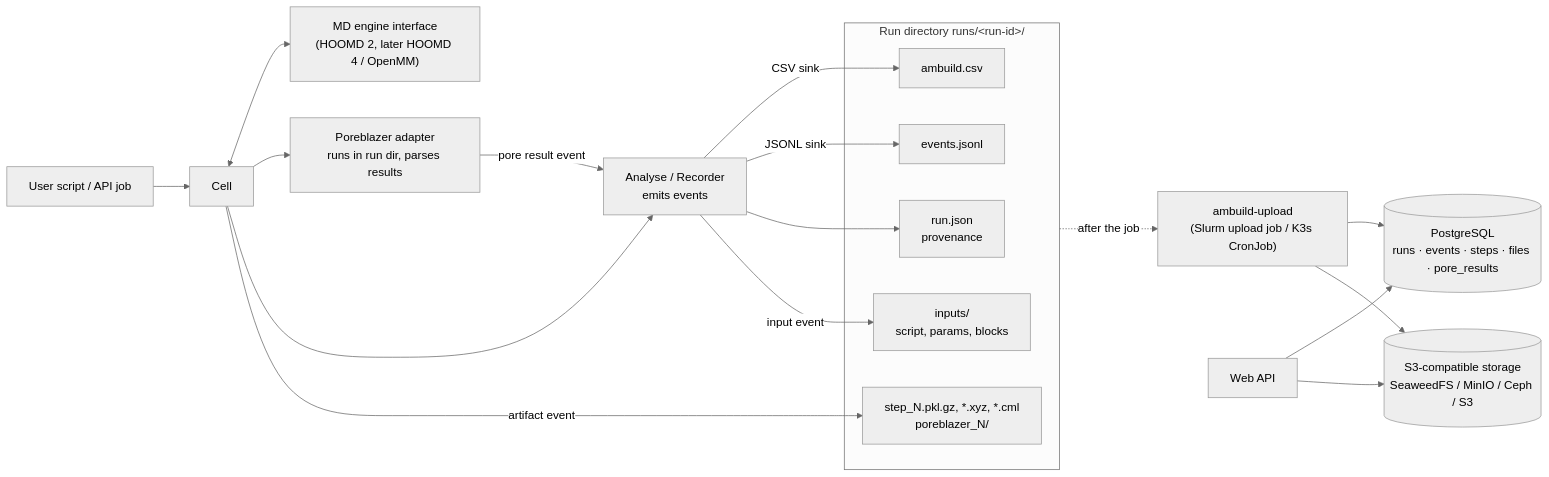
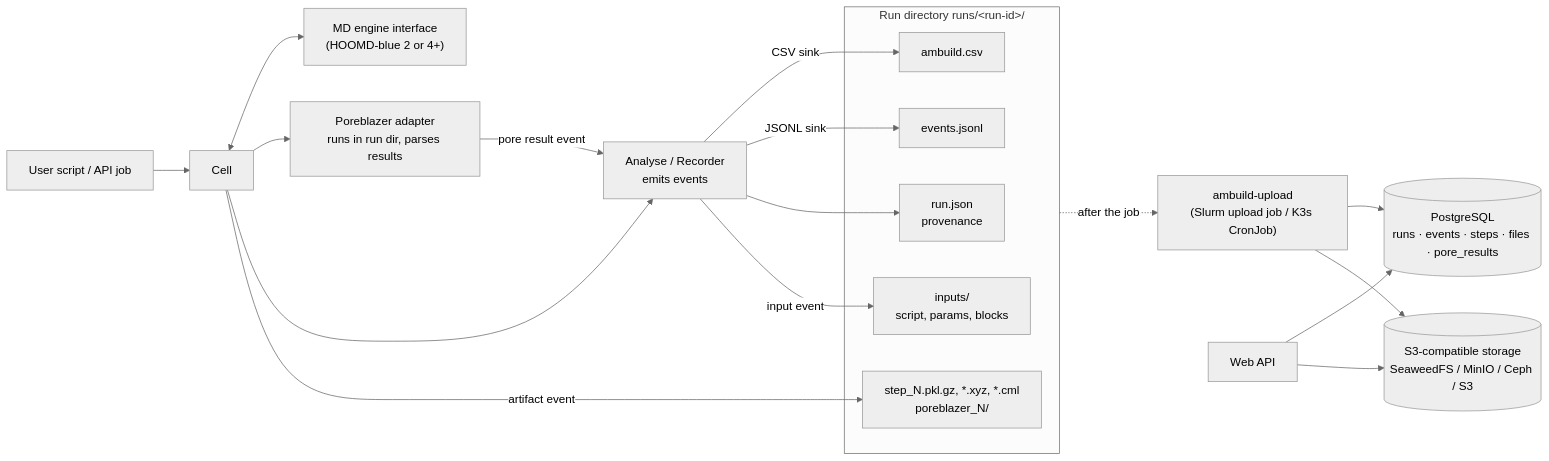
Before and after one commit to st7ma784/ambuild: the second of 3 diagrams in docs/architecture.md, drawn with Mermaid (neutral theme). The commit also changed other lines of this file and 2 other files, not shown here.

Commit message:
Record the HOOMD-blue 7 port in changelog, TODO and architecture

````diff
--- a/docs/architecture.md
+++ b/docs/architecture.md
@@ -48,28 +48,28 @@
 ```mermaid
 flowchart LR
     script["User script / API job"] --> cell["Cell"]
-    cell <--> md["MD engine interface<br/>(HOOMD 2, later HOOMD 4 / OpenMM)"]
+    cell <--> md["MD engine interface<br/>(HOOMD-blue 2 or 4+)"]
     cell --> pb["Poreblazer adapter<br/>runs in run dir, parses results"]
     cell --> rec["Analyse / Recorder<br/>emits events"]
     pb -- "pore result event" --> rec
 
     subgraph rundir["Run directory  runs/&lt;run-id&gt;/"]
         runjson["run.json<br/>provenance"]
         events["events.jsonl"]
         csv["ambuild.csv"]
         files["step_N.pkl.gz, *.xyz, *.cml<br/>poreblazer_N/"]
         inputs["inputs/<br/>script, params, blocks"]
     end
 
     rec -- "CSV sink" --> csv
     rec -- "JSONL sink" --> events
     rec --> runjson
     rec -- "input event" --> inputs
     cell -- "artifact event" --> files
 
     rundir -. "after the job" .-> up["ambuild-upload<br/>(Slurm upload job / K3s CronJob)"]
     up --> pg[("PostgreSQL<br/>runs · events · steps · files · pore_results")]
     up --> s3[("S3-compatible storage<br/>SeaweedFS / MinIO / Ceph / S3")]
     api["Web API"] --> pg
     api --> s3
 ```
````
